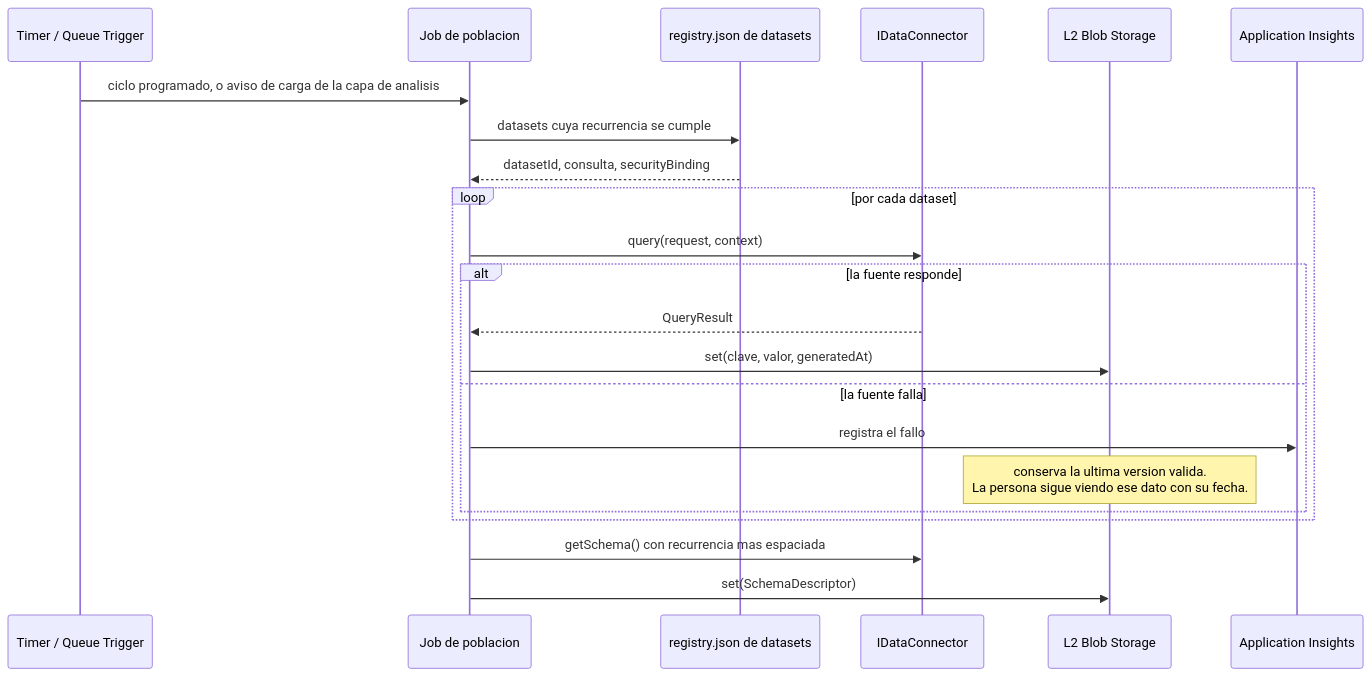
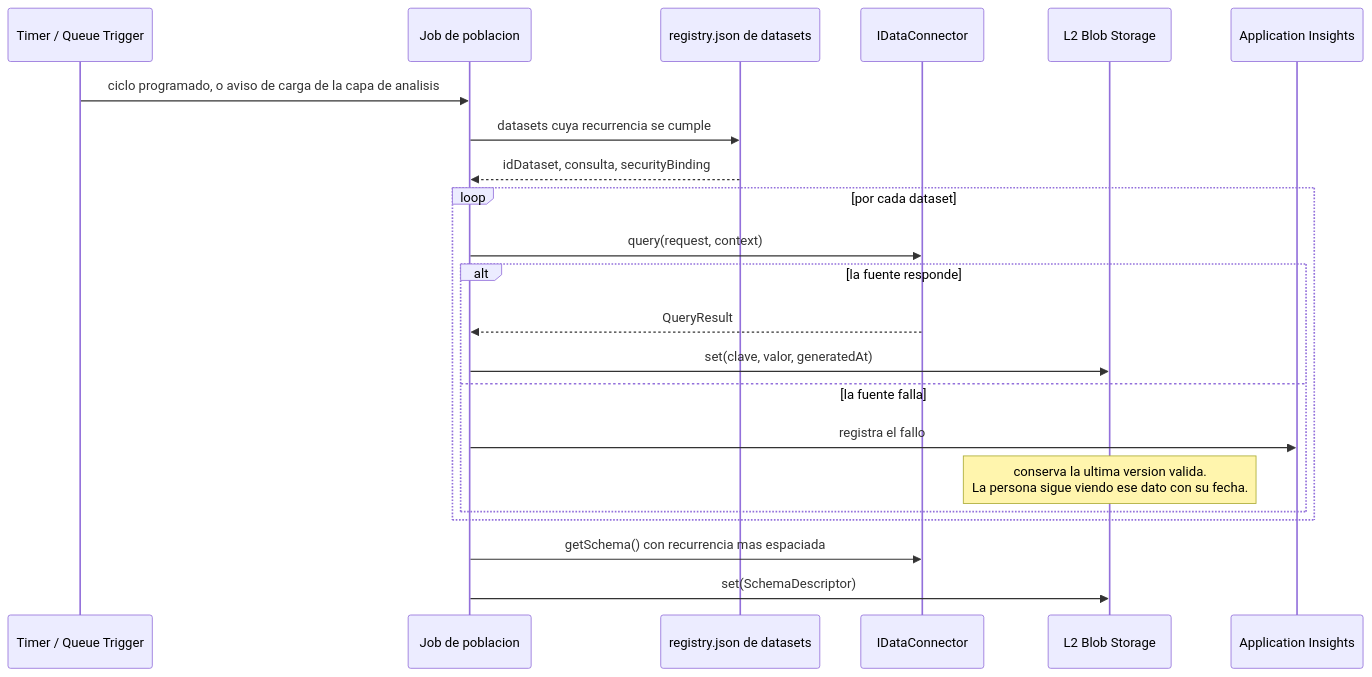
The third of 4 diagrams in docs/arquitectura/README.md (Juanfrank/CienciaDeDatos), drawn with Mermaid before and after one commit. The commit also changed 245 other files, not shown here.

````diff
--- a/docs/arquitectura/README.md
+++ b/docs/arquitectura/README.md
@@ -115,25 +115,25 @@
 ```mermaid
 sequenceDiagram
     participant T as Timer / Queue Trigger
     participant JOB as Job de poblacion
     participant REG as registry.json de datasets
     participant DC as IDataConnector
     participant L2 as L2 Blob Storage
     participant AI as Application Insights
 
     T->>JOB: ciclo programado, o aviso de carga de la capa de analisis
     JOB->>REG: datasets cuya recurrencia se cumple
-    REG-->>JOB: datasetId, consulta, securityBinding
+    REG-->>JOB: idDataset, consulta, securityBinding
     loop por cada dataset
         JOB->>DC: query(request, context)
         alt la fuente responde
             DC-->>JOB: QueryResult
             JOB->>L2: set(clave, valor, generatedAt)
         else la fuente falla
             JOB->>AI: registra el fallo
             Note over L2: conserva la ultima version valida.<br/>La persona sigue viendo ese dato con su fecha.
         end
     end
     JOB->>DC: getSchema() con recurrencia mas espaciada
     JOB->>L2: set(SchemaDescriptor)
 ```
````
